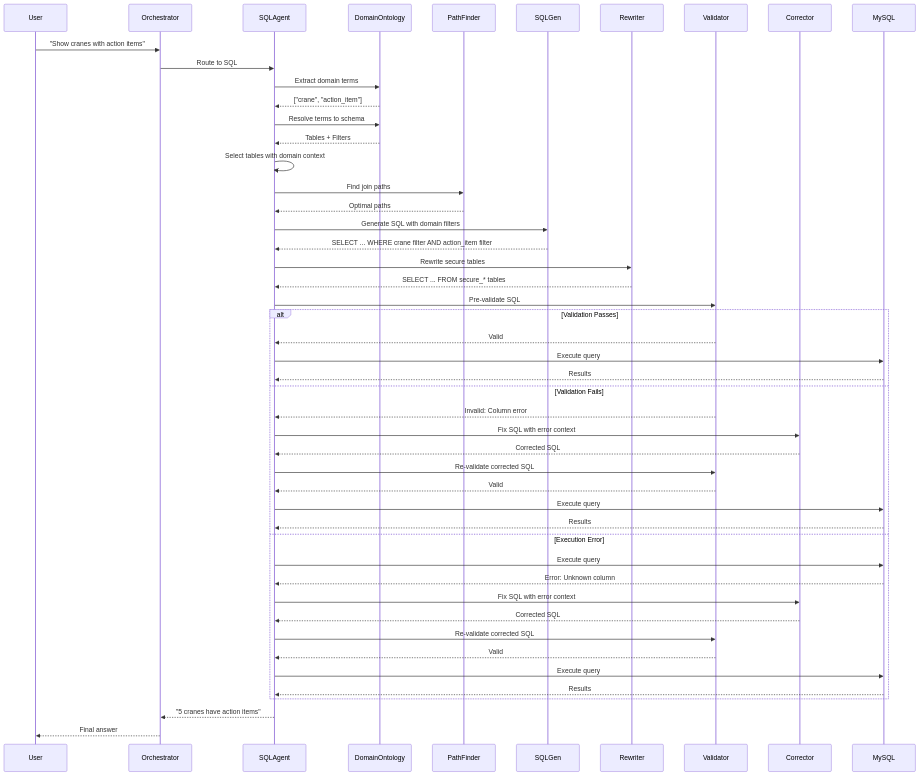
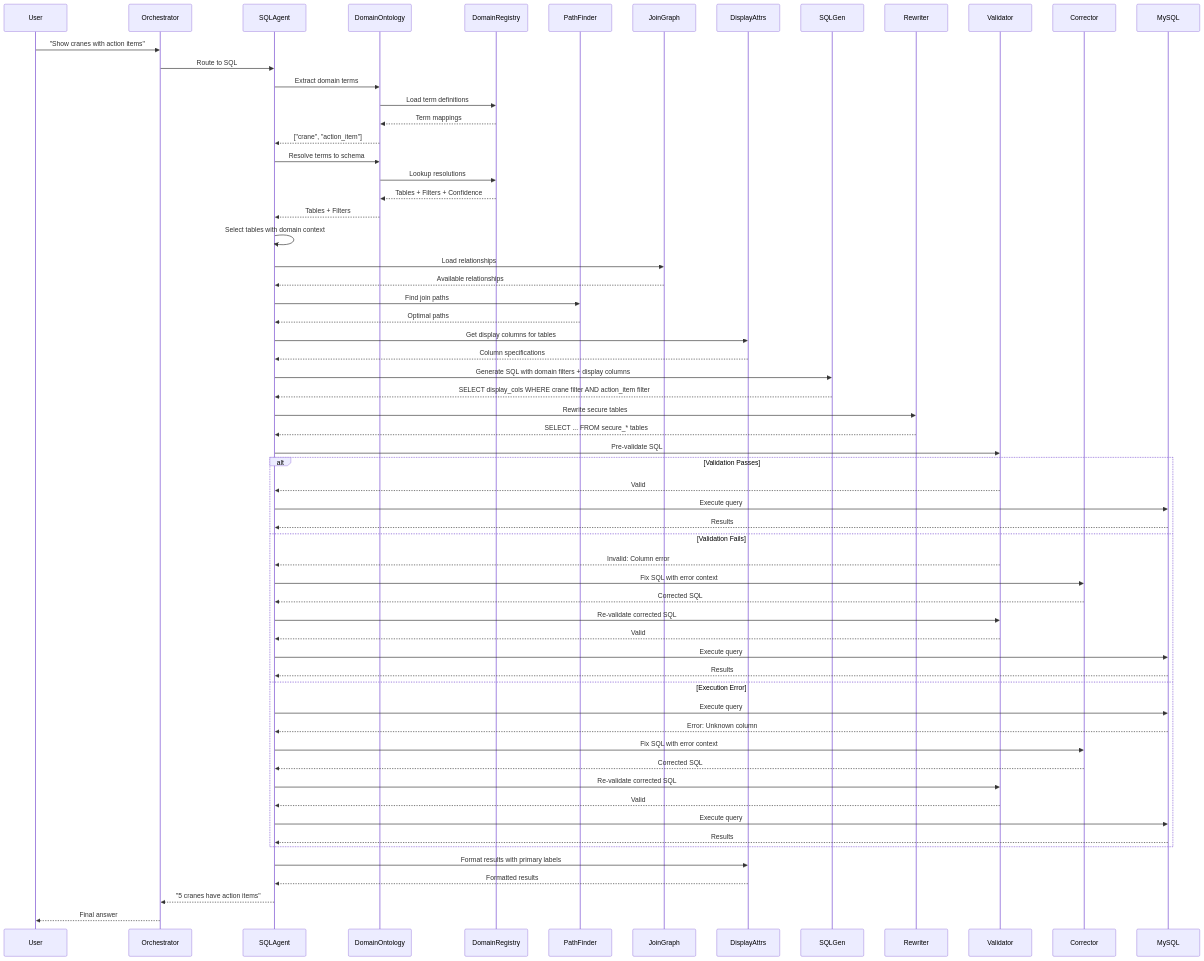
One commit to sandinosaso/advanced-ai-agent changed diagram 13 of 17 in docs/ARCHITECTURE.md. Above: the diagram before and after it, drawn with Mermaid. The commit also changed other lines of this file and 2 other files, not shown here.

````diff
--- a/docs/ARCHITECTURE.md
+++ b/docs/ARCHITECTURE.md
@@ -793,54 +948,67 @@
 ```mermaid
 sequenceDiagram
     participant User
     participant Orchestrator
     participant SQLAgent
     participant DomainOntology
+    participant DomainRegistry
     participant PathFinder
+    participant JoinGraph
+    participant DisplayAttrs
     participant SQLGen
     participant Rewriter
     participant Validator
     participant Corrector
     participant MySQL
     
     User->>Orchestrator: "Show cranes with action items"
     Orchestrator->>SQLAgent: Route to SQL
     SQLAgent->>DomainOntology: Extract domain terms
+    DomainOntology->>DomainRegistry: Load term definitions
+    DomainRegistry-->>DomainOntology: Term mappings
     DomainOntology-->>SQLAgent: ["crane", "action_item"]
     SQLAgent->>DomainOntology: Resolve terms to schema
+    DomainOntology->>DomainRegistry: Lookup resolutions
+    DomainRegistry-->>DomainOntology: Tables + Filters + Confidence
     DomainOntology-->>SQLAgent: Tables + Filters
     SQLAgent->>SQLAgent: Select tables with domain context
+    SQLAgent->>JoinGraph: Load relationships
+    JoinGraph-->>SQLAgent: Available relationships
     SQLAgent->>PathFinder: Find join paths
     PathFinder-->>SQLAgent: Optimal paths
-    SQLAgent->>SQLGen: Generate SQL with domain filters
-    SQLGen-->>SQLAgent: SELECT ... WHERE crane filter AND action_item filter
+    SQLAgent->>DisplayAttrs: Get display columns for tables
+    DisplayAttrs-->>SQLAgent: Column specifications
+    SQLAgent->>SQLGen: Generate SQL with domain filters + display columns
+    SQLGen-->>SQLAgent: SELECT display_cols WHERE crane filter AND action_item filter
     SQLAgent->>Rewriter: Rewrite secure tables
     Rewriter-->>SQLAgent: SELECT ... FROM secure_* tables
     SQLAgent->>Validator: Pre-validate SQL
     
     alt Validation Passes
         Validator-->>SQLAgent: Valid
         SQLAgent->>MySQL: Execute query
         MySQL-->>SQLAgent: Results
     else Validation Fails
         Validator-->>SQLAgent: Invalid: Column error
         SQLAgent->>Corrector: Fix SQL with error context
         Corrector-->>SQLAgent: Corrected SQL
         SQLAgent->>Validator: Re-validate corrected SQL
         Validator-->>SQLAgent: Valid
         SQLAgent->>MySQL: Execute query
         MySQL-->>SQLAgent: Results
     else Execution Error
         SQLAgent->>MySQL: Execute query
         MySQL-->>SQLAgent: Error: Unknown column
         SQLAgent->>Corrector: Fix SQL with error context
         Corrector-->>SQLAgent: Corrected SQL
         SQLAgent->>Validator: Re-validate corrected SQL
         Validator-->>SQLAgent: Valid
         SQLAgent->>MySQL: Execute query
         MySQL-->>SQLAgent: Results
     end
     
+    SQLAgent->>DisplayAttrs: Format results with primary labels
+    DisplayAttrs-->>SQLAgent: Formatted results
     SQLAgent-->>Orchestrator: "5 cranes have action items"
     Orchestrator-->>User: Final answer
 ```
````
